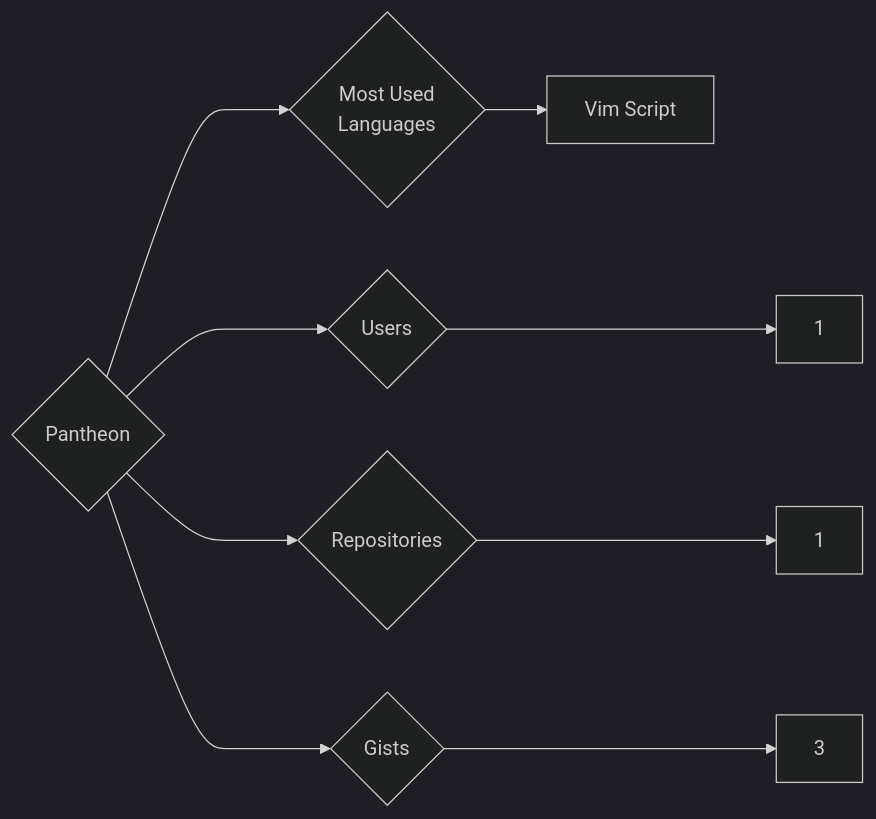
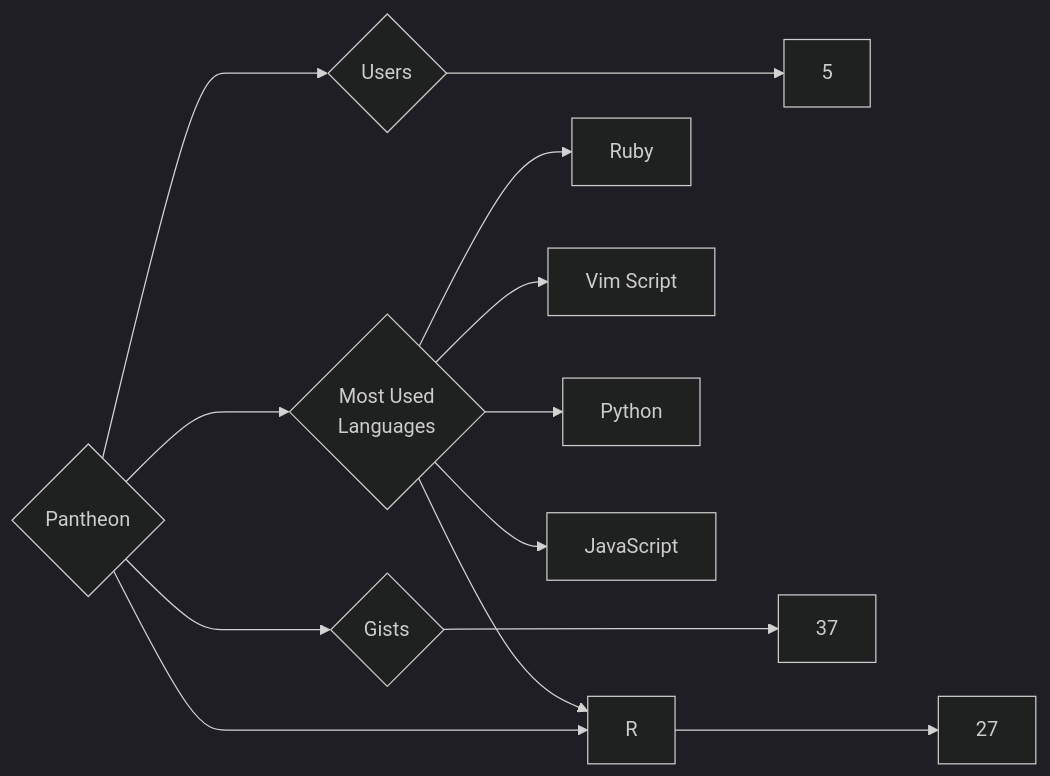
The diagram in targets/Pantheon/README.md (trickest/insiders), drawn with Mermaid (dark theme) before and after one commit. The commit also changed 695 other files, not shown here.

````diff
--- a/targets/Pantheon/README.md
+++ b/targets/Pantheon/README.md
@@ -3,9 +3,13 @@
 ```mermaid
 graph LR
 COMPANY_NAME{Pantheon}
-COMPANY_NAME ---> U{Users} ---> UN[1]
-COMPANY_NAME ---> R{Repositories} ---> RN[1]
-COMPANY_NAME ---> G{Gists} ---> GN[3]
+COMPANY_NAME ---> U{Users} ---> UN[5]
+COMPANY_NAME ---> R{Repositories} ---> RN[27]
+COMPANY_NAME ---> G{Gists} ---> GN[37]
 COMPANY_NAME ---> ML{Most Used<br>Languages}
+ML --> Ruby[Ruby]
 ML --> Vim_Script[Vim Script]
+ML --> R[R]
+ML --> Python[Python]
+ML --> JavaScript[JavaScript]
 ```
````
